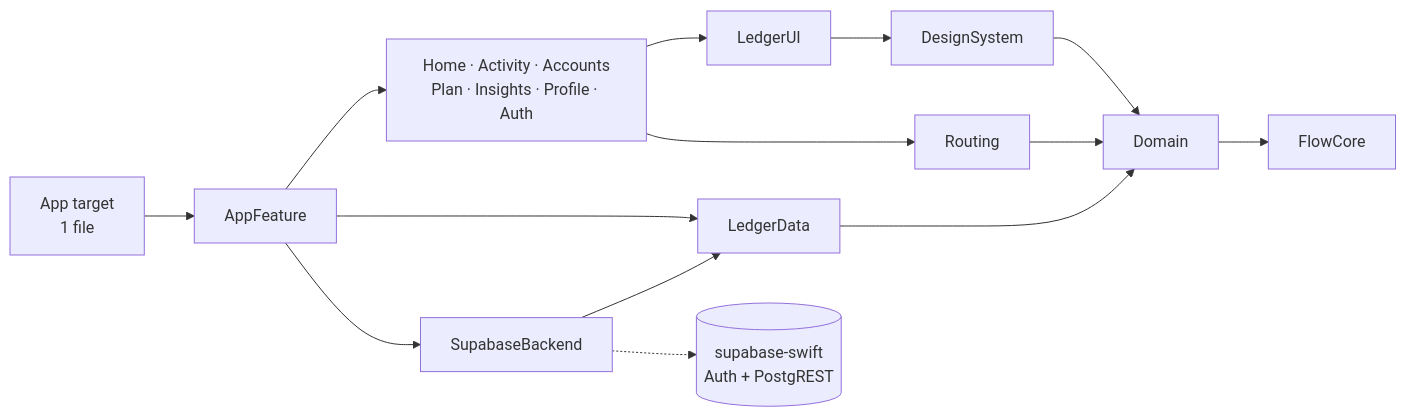
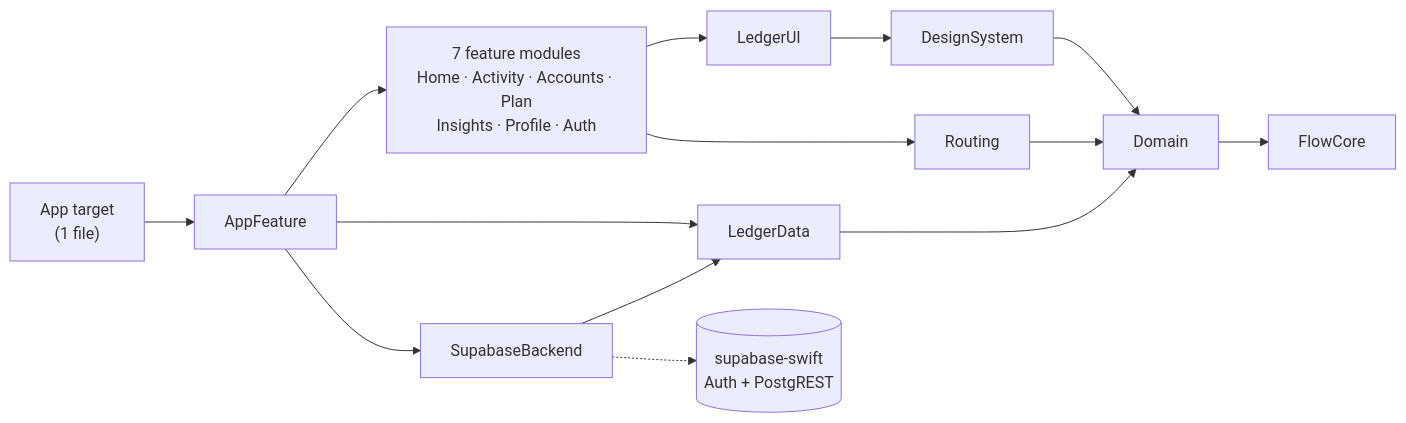
Before and after one commit to devzahirul/FlowMoney-iOS: the diagram in README.md, drawn with Mermaid. The commit also changed other lines of this file, not shown here.

````diff
--- a/README.md
+++ b/README.md
@@ -80,12 +67,12 @@
 ```mermaid
 graph LR
-  App[App target<br/>1 file] --> AppFeature
-  AppFeature --> Features[Home · Activity · Accounts<br/>Plan · Insights · Profile · Auth]
+  App["App target<br/>(1 file)"] --> AppFeature
+  AppFeature --> Features["7 feature modules<br/>Home · Activity · Accounts · Plan<br/>Insights · Profile · Auth"]
   AppFeature --> LedgerData
   AppFeature --> SupabaseBackend
   Features --> LedgerUI --> DesignSystem --> Domain
   Features --> Routing --> Domain
   LedgerData --> Domain --> FlowCore
   SupabaseBackend --> LedgerData
-  SupabaseBackend -.-> SDK[(supabase-swift<br/>Auth + PostgREST)]
+  SupabaseBackend -.-> SDK[("supabase-swift<br/>Auth + PostgREST")]
 ```
````
